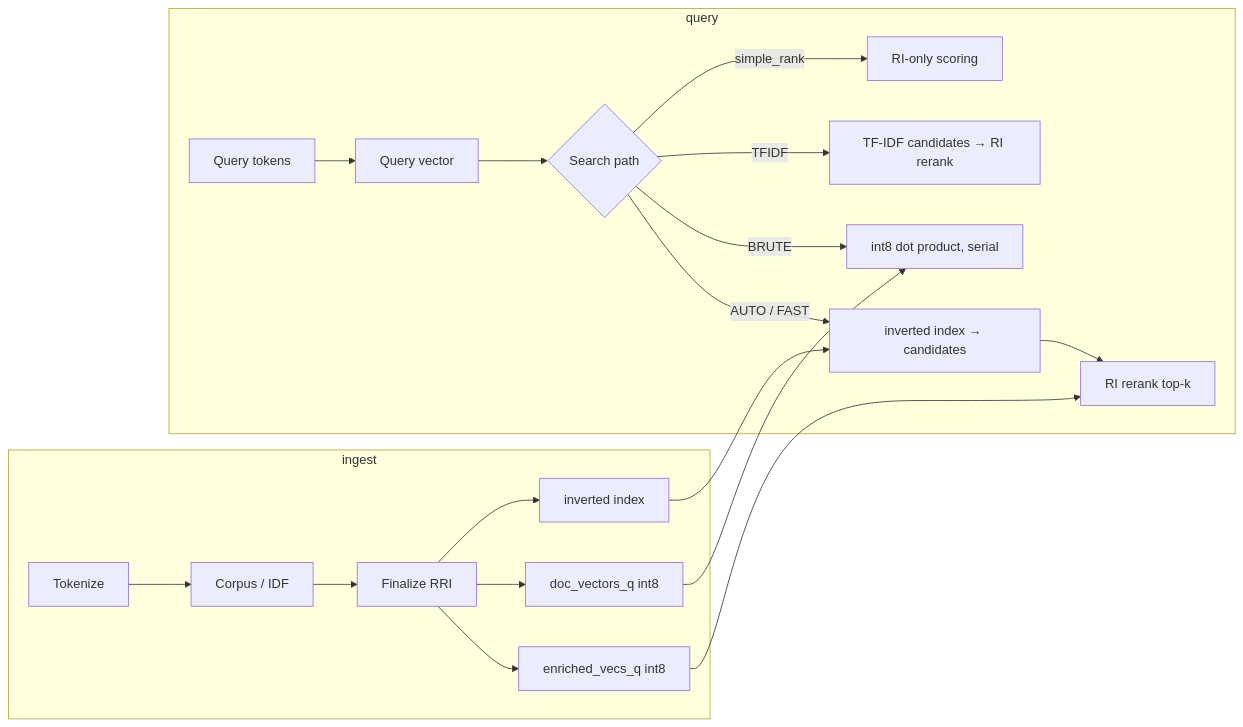
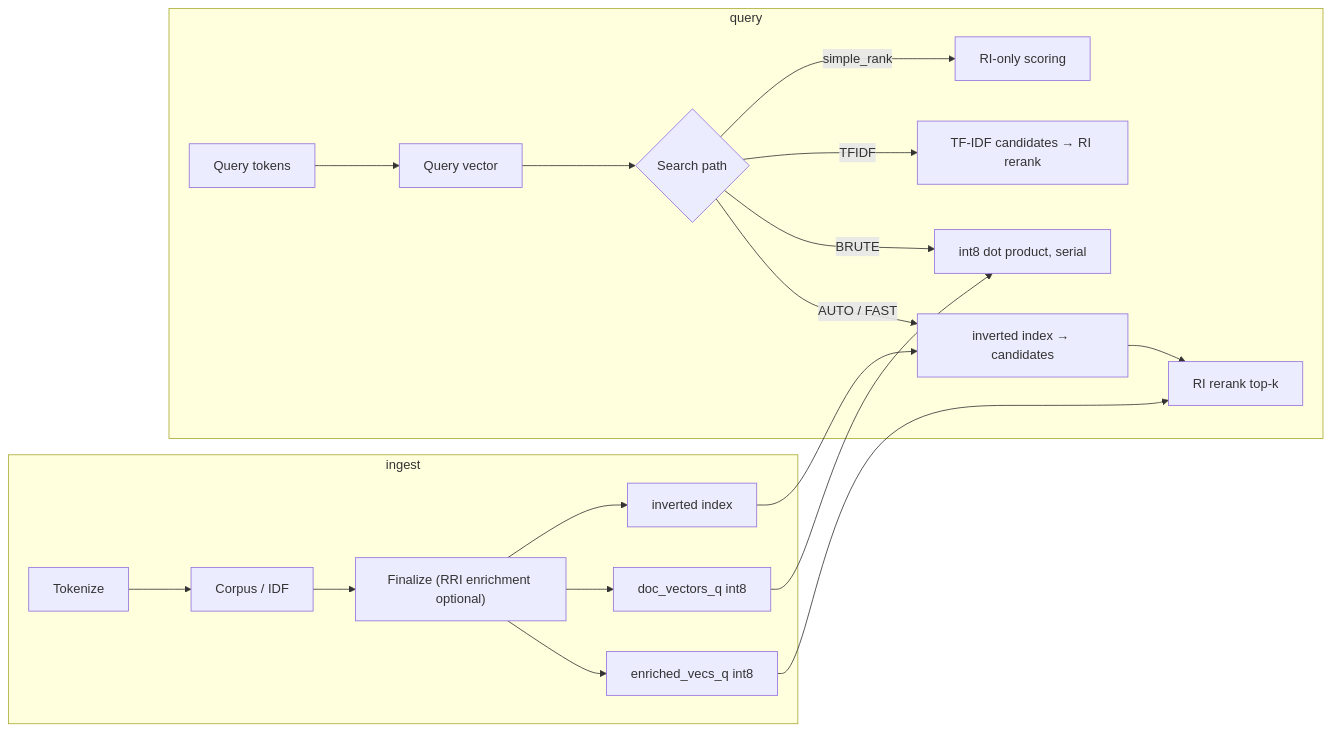
Before and after one commit to nilsonsfj/fast-code-embed: the diagram in docs/OVERVIEW-AND-ARCHITECTURE.md, drawn with Mermaid. The commit also changed other lines of this file and 10 other files, not shown here.

````diff
--- a/docs/OVERVIEW-AND-ARCHITECTURE.md
+++ b/docs/OVERVIEW-AND-ARCHITECTURE.md
@@ -5,22 +5,22 @@
 ```mermaid
 flowchart LR
   subgraph ingest
     A[Tokenize] --> B[Corpus / IDF]
-    B --> C[Finalize RRI]
+    B --> C["Finalize (RRI enrichment optional)"]
     C --> D[enriched_vecs_q int8]
     C --> E[doc_vectors_q int8]
     C --> F[inverted index]
   end
   subgraph query
     Q[Query tokens] --> R[Query vector]
     R --> S{Search path}
     S -->|AUTO / FAST| T[inverted index → candidates]
     T --> U[RI rerank top-k]
     S -->|BRUTE| V[int8 dot product, serial]
     S -->|TFIDF| X[TF-IDF candidates → RI rerank]
     S -->|simple_rank| W[RI-only scoring]
   end
   D --> U
   E --> V
   F --> T
 ```
````
